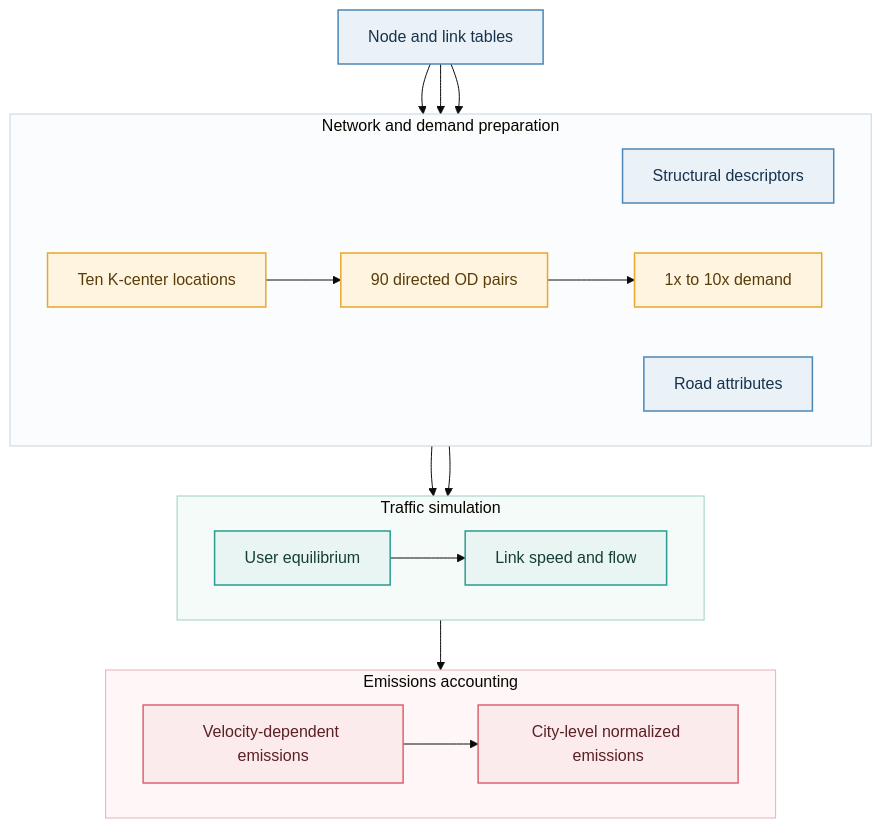
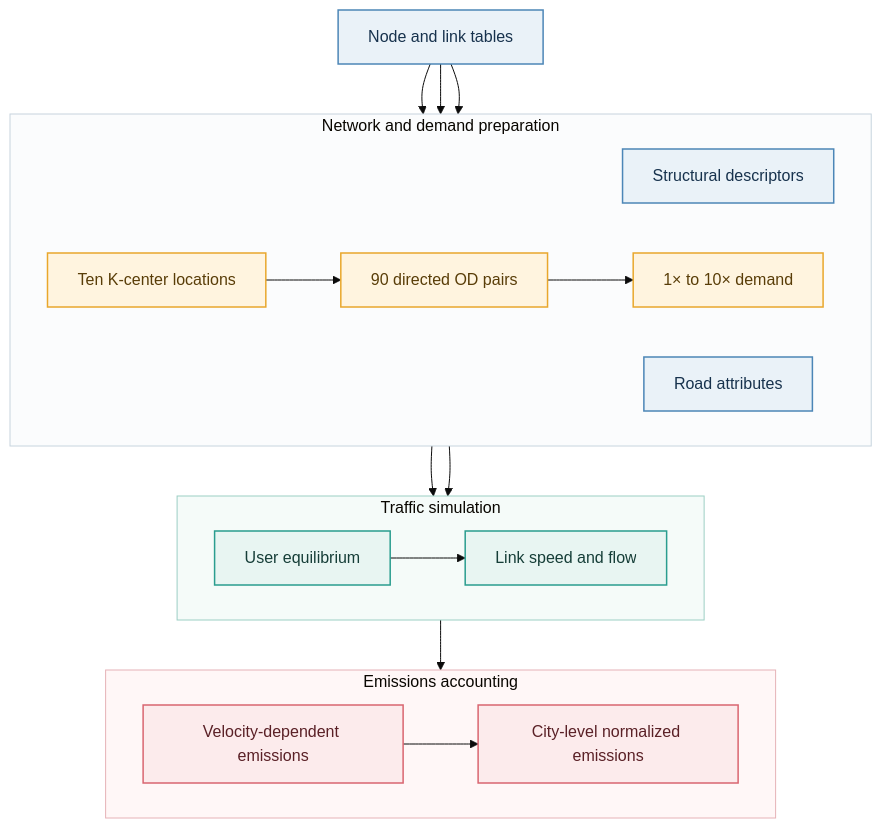
Before and after one commit to WaNgzh1rUi0413/road-network-decarbonization: the second of 3 diagrams in README.md, drawn with Mermaid (base theme). The commit also changed other lines of this file and 13 other files, not shown here.

````diff
--- a/README.md
+++ b/README.md
@@ -294,44 +297,44 @@
 ```mermaid
 flowchart TB
     A["Node and link tables"]
 
     subgraph PREP[Network and demand preparation]
         direction LR
         B["Structural descriptors"]
         C["Ten K-center locations"]
         D["90 directed OD pairs"]
-        E["1x to 10x demand"]
+        E["1× to 10× demand"]
         F["Road attributes"]
     end
 
     subgraph SIM[Traffic simulation]
         direction LR
         G["User equilibrium"]
         H["Link speed and flow"]
     end
 
     subgraph CARBON[Emissions accounting]
         direction LR
         I["Velocity-dependent emissions"]
         J["City-level normalized emissions"]
     end
 
     A --> B
     A --> C --> D --> E
     A --> F
     E --> G
     F --> G
     G --> H --> I --> J
 
     classDef source fill:#EAF2F8,stroke:#4C86B7,color:#17324D,stroke-width:1.5px;
     classDef demand fill:#FFF4DF,stroke:#E9A72C,color:#593D08,stroke-width:1.5px;
     classDef assignment fill:#E8F5F2,stroke:#2A9D8F,color:#163E38,stroke-width:1.5px;
     classDef emissions fill:#FCEBEC,stroke:#D96570,color:#5A2026,stroke-width:1.5px;
     class A,B,F source;
     class C,D,E demand;
     class G,H assignment;
     class I,J emissions;
     style PREP fill:#FBFCFD,stroke:#C7D4DE,stroke-width:1px
     style SIM fill:#F5FBF9,stroke:#9CCFC4,stroke-width:1px
     style CARBON fill:#FFF7F7,stroke:#E6B2B7,stroke-width:1px
 ```
````
